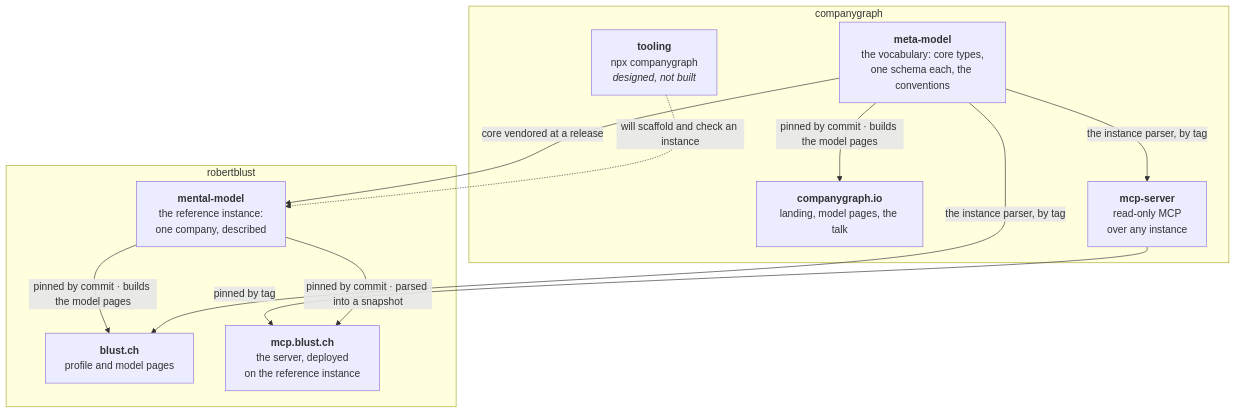
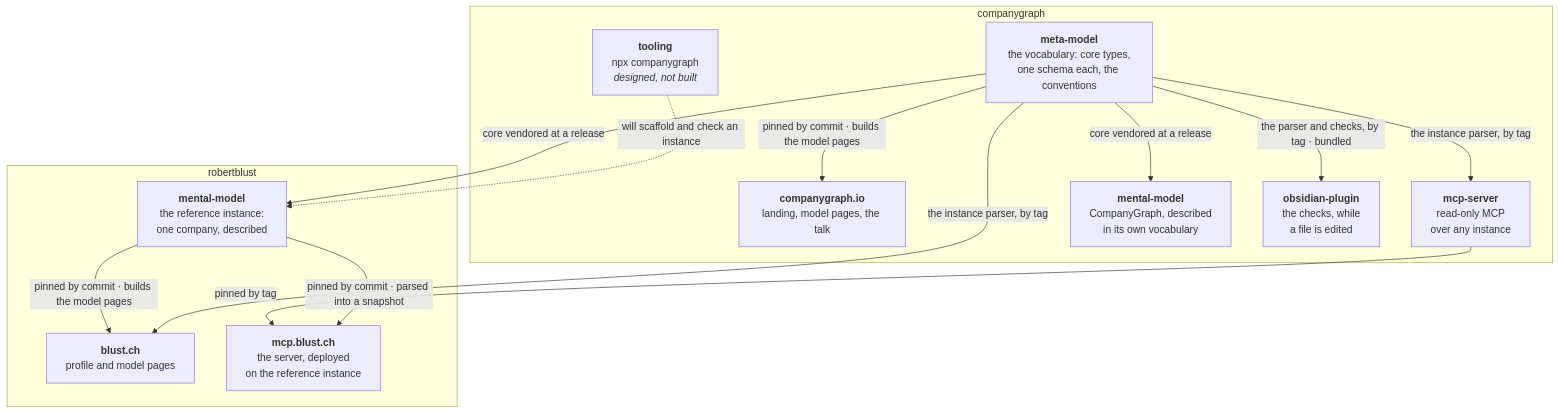
The diagram in profile/README.md (companygraph/.github), drawn with Mermaid before and after one commit. The commit also changed other lines of this file, not shown here.

First line of the commit message:
The profile names the plugin and the second instance, and domain has shipped

````diff
--- a/profile/README.md
+++ b/profile/README.md
@@ -23,24 +25,28 @@
 ```mermaid
 flowchart TB
     subgraph cg["companygraph"]
         MM["<b>meta-model</b><br/>the vocabulary: core types,<br/>one schema each, the conventions"]
         SITE["<b>companygraph.io</b><br/>landing, model pages, the talk"]
         MCP["<b>mcp-server</b><br/>read-only MCP<br/>over any instance"]
+        CGMM["<b>mental-model</b><br/>CompanyGraph, described<br/>in its own vocabulary"]
+        PLUGIN["<b>obsidian-plugin</b><br/>the checks, while<br/>a file is edited"]
         TOOL["<b>tooling</b><br/>npx companygraph<br/><i>designed, not built</i>"]
     end
 
     subgraph rb["robertblust"]
         MENTAL["<b>mental-model</b><br/>the reference instance:<br/>one company, described"]
         BLUST["<b>blust.ch</b><br/>profile and model pages"]
         MCPD["<b>mcp.blust.ch</b><br/>the server, deployed<br/>on the reference instance"]
     end
 
     MM -- "core vendored at a release" --> MENTAL
+    MM -- "core vendored at a release" --> CGMM
+    MM -- "the parser and checks, by tag · bundled" --> PLUGIN
     MM -- "pinned by commit · builds the model pages" --> SITE
     MENTAL -- "pinned by commit · builds the model pages" --> BLUST
     MM -- "the instance parser, by tag" --> BLUST
     MM -- "the instance parser, by tag" --> MCP
     MCP -- "pinned by tag" --> MCPD
     MENTAL -- "pinned by commit · parsed into a snapshot" --> MCPD
     TOOL -. "will scaffold and check an instance" .-> MENTAL
 ```
````
